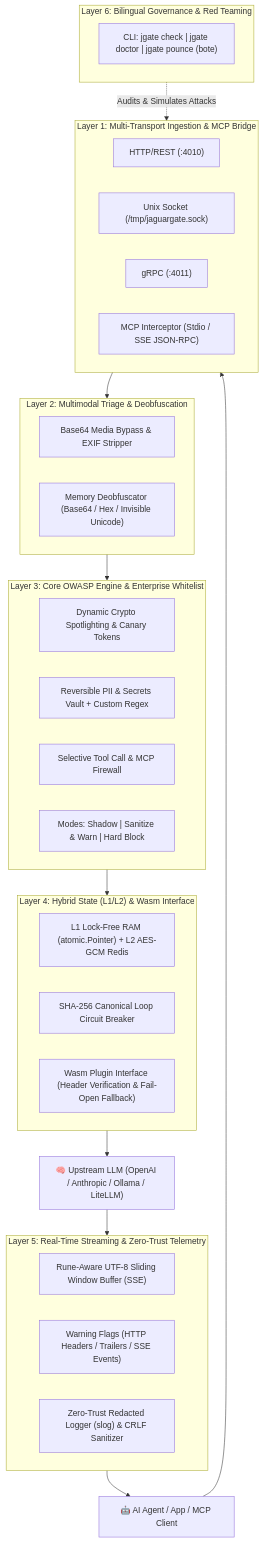
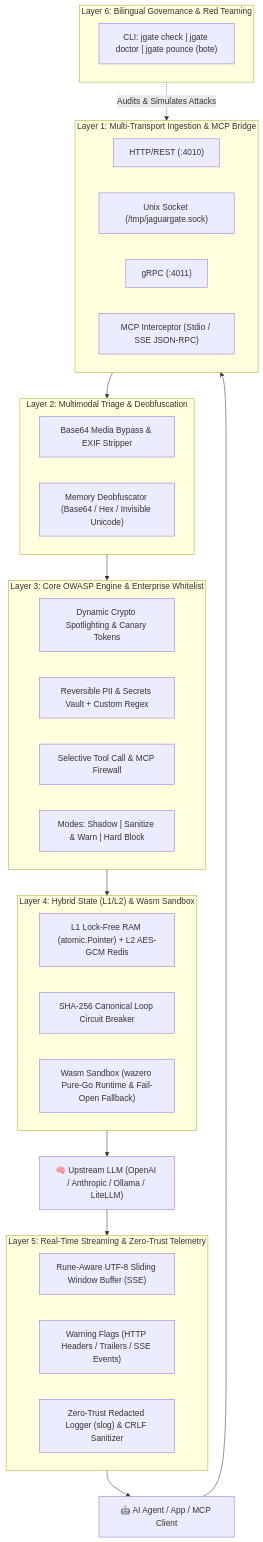
Before and after one commit to andrewbraga1/jaguargate: the diagram in README.md, drawn with Mermaid. The commit also changed 6 other files, not shown here.

Commit message:
feat(sandbox): integrate wazero pure-Go WebAssembly runtime for real wasm policy execution

````diff
--- a/README.md
+++ b/README.md
@@ -34,45 +34,45 @@
 ```mermaid
 flowchart TD
     Client["🤖 AI Agent / App / MCP Client"]
 
     subgraph L1["Layer 1: Multi-Transport Ingestion & MCP Bridge"]
         HTTP["HTTP/REST (:4010)"]
         UDS["Unix Socket (/tmp/jaguargate.sock)"]
         GRPC["gRPC (:4011)"]
         MCP["MCP Interceptor (Stdio / SSE JSON-RPC)"]
     end
 
     subgraph L2["Layer 2: Multimodal Triage & Deobfuscation"]
         Media["Base64 Media Bypass & EXIF Stripper"]
         Deob["Memory Deobfuscator (Base64 / Hex / Invisible Unicode)"]
     end
 
     subgraph L3["Layer 3: Core OWASP Engine & Enterprise Whitelist"]
         Spot["Dynamic Crypto Spotlighting & Canary Tokens"]
         Vault["Reversible PII & Secrets Vault + Custom Regex"]
         Tools["Selective Tool Call & MCP Firewall"]
         Modes["Modes: Shadow | Sanitize & Warn | Hard Block"]
     end
 
-    subgraph L4["Layer 4: Hybrid State (L1/L2) & Wasm Interface"]
+    subgraph L4["Layer 4: Hybrid State (L1/L2) & Wasm Sandbox"]
         State["L1 Lock-Free RAM (atomic.Pointer) + L2 AES-GCM Redis"]
         Loop["SHA-256 Canonical Loop Circuit Breaker"]
-        Wasm["Wasm Plugin Interface (Header Verification & Fail-Open Fallback)"]
+        Wasm["Wasm Sandbox (wazero Pure-Go Runtime & Fail-Open Fallback)"]
     end
 
     subgraph L5["Layer 5: Real-Time Streaming & Zero-Trust Telemetry"]
         Slide["Rune-Aware UTF-8 Sliding Window Buffer (SSE)"]
         Flags["Warning Flags (HTTP Headers / Trailers / SSE Events)"]
         Logs["Zero-Trust Redacted Logger (slog) & CRLF Sanitizer"]
     end
 
     subgraph L6["Layer 6: Bilingual Governance & Red Teaming"]
         CLI["CLI: jgate check | jgate doctor | jgate pounce (bote)"]
     end
 
     Upstream["🧠 Upstream LLM (OpenAI / Anthropic / Ollama / LiteLLM)"]
 
     Client --> L1 --> L2 --> L3 --> L4 --> Upstream
     Upstream --> L5 --> Client
     L6 -.->|"Audits & Simulates Attacks"| L1
 ```
````
